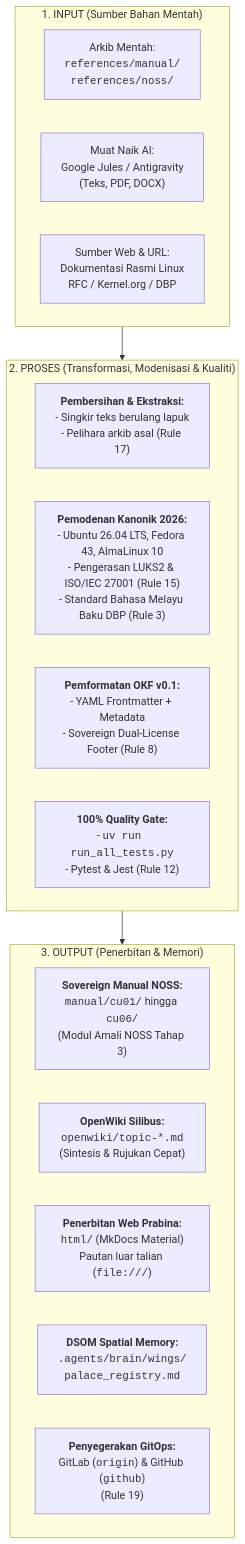
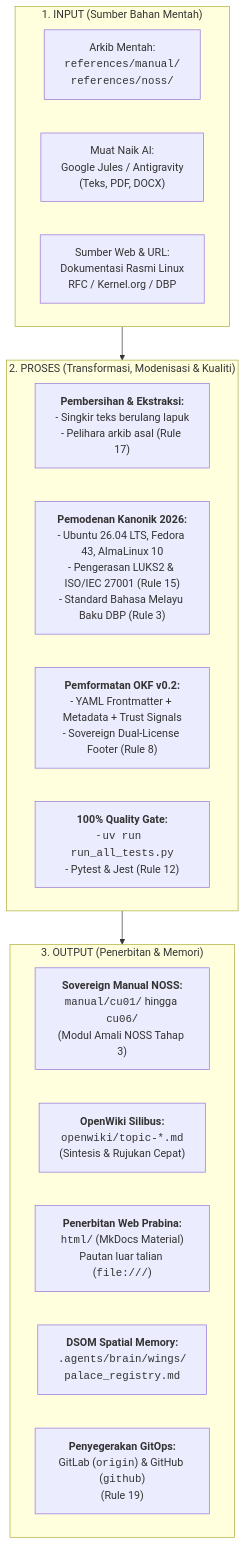
The first of 2 diagrams in docs/explanation/workflow-input-process-output.md (linuxmalaysia/all-my-notes-as-linux-sysadmin), drawn with Mermaid before and after one commit. The commit also changed other lines of this file and 149 other files, not shown here.

````diff
--- a/docs/explanation/workflow-input-process-output.md
+++ b/docs/explanation/workflow-input-process-output.md
@@ -22,26 +22,26 @@
 ```mermaid
 flowchart TD
     subgraph INPUT ["1. INPUT (Sumber Bahan Mentah)"]
         I1["Arkib Mentah:<br><code>references/manual/</code><br><code>references/noss/</code>"]
         I2["Muat Naik AI:<br>Google Jules / Antigravity<br>(Teks, PDF, DOCX)"]
         I3["Sumber Web & URL:<br>Dokumentasi Rasmi Linux<br>RFC / Kernel.org / DBP"]
     end
 
     subgraph PROSES ["2. PROSES (Transformasi, Modenisasi & Kualiti)"]
         P1["<b>Pembersihan & Ekstraksi:</b><br>- Singkir teks berulang lapuk<br>- Pelihara arkib asal (Rule 17)"]
         P2["<b>Pemodenan Kanonik 2026:</b><br>- Ubuntu 26.04 LTS, Fedora 43, AlmaLinux 10<br>- Pengerasan LUKS2 & ISO/IEC 27001 (Rule 15)<br>- Standard Bahasa Melayu Baku DBP (Rule 3)"]
-        P3["<b>Pemformatan OKF v0.1:</b><br>- YAML Frontmatter + Metadata<br>- Sovereign Dual-License Footer (Rule 8)"]
+        P3["<b>Pemformatan OKF v0.2:</b><br>- YAML Frontmatter + Metadata + Trust Signals<br>- Sovereign Dual-License Footer (Rule 8)"]
         P4["<b>100% Quality Gate:</b><br>- <code>uv run run_all_tests.py</code><br>- Pytest & Jest (Rule 12)"]
     end
 
     subgraph OUTPUT ["3. OUTPUT (Penerbitan & Memori)"]
         O1["<b>Sovereign Manual NOSS:</b><br><code>manual/cu01/</code> hingga <code>cu06/</code><br>(Modul Amali NOSS Tahap 3)"]
         O2["<b>OpenWiki Silibus:</b><br><code>openwiki/topic-*.md</code><br>(Sintesis & Rujukan Cepat)"]
         O3["<b>Penerbitan Web Prabina:</b><br><code>html/</code> (MkDocs Material)<br>Pautan luar talian (<code>file:///</code>)"]
         O4["<b>DSOM Spatial Memory:</b><br><code>.agents/brain/wings/</code><br><code>palace_registry.md</code>"]
         O5["<b>Penyegerakan GitOps:</b><br>GitLab (<code>origin</code>) & GitHub (<code>github</code>)<br>(Rule 19)"]
     end
 
     INPUT --> PROSES
     PROSES --> OUTPUT
 ```
````
